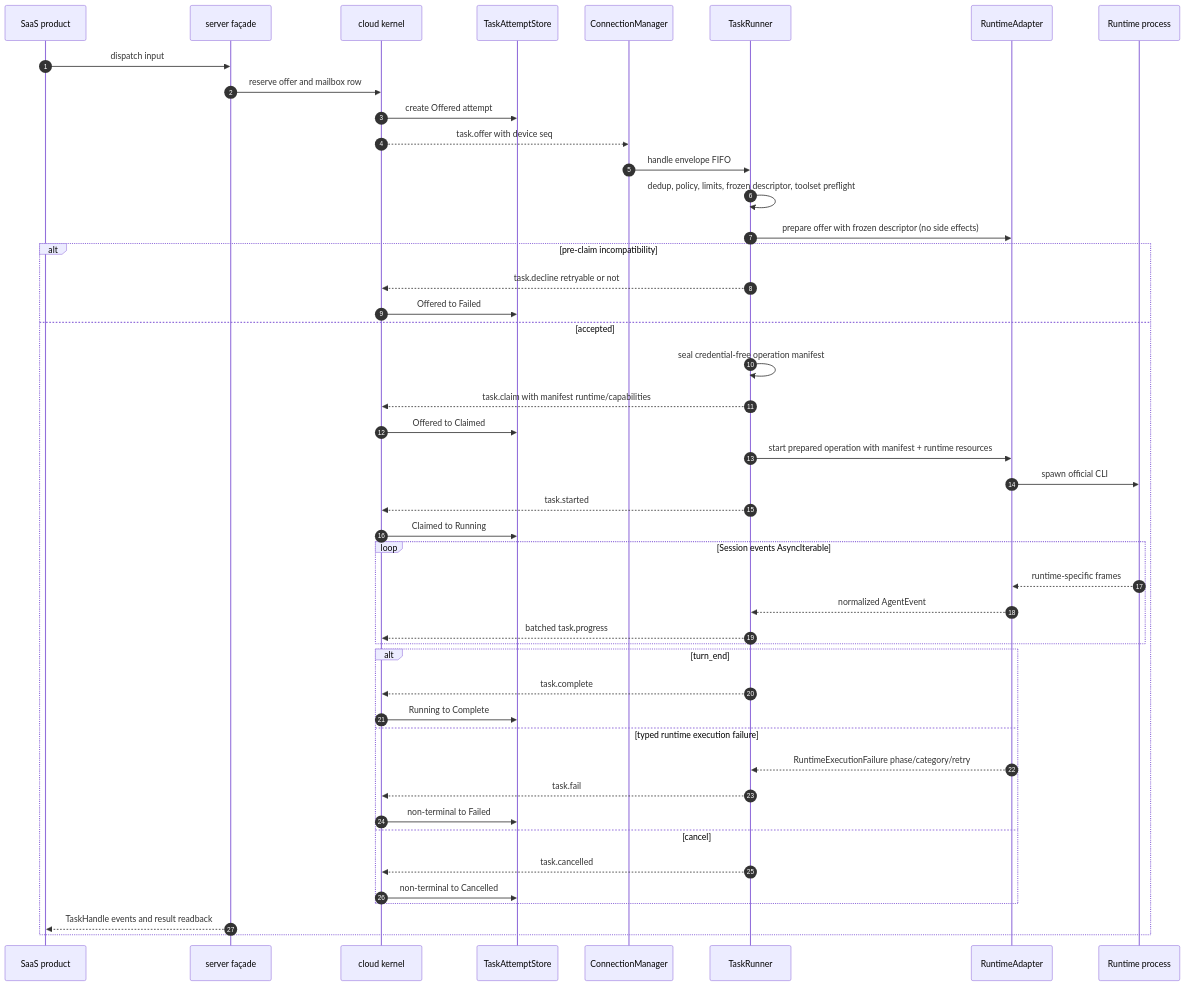
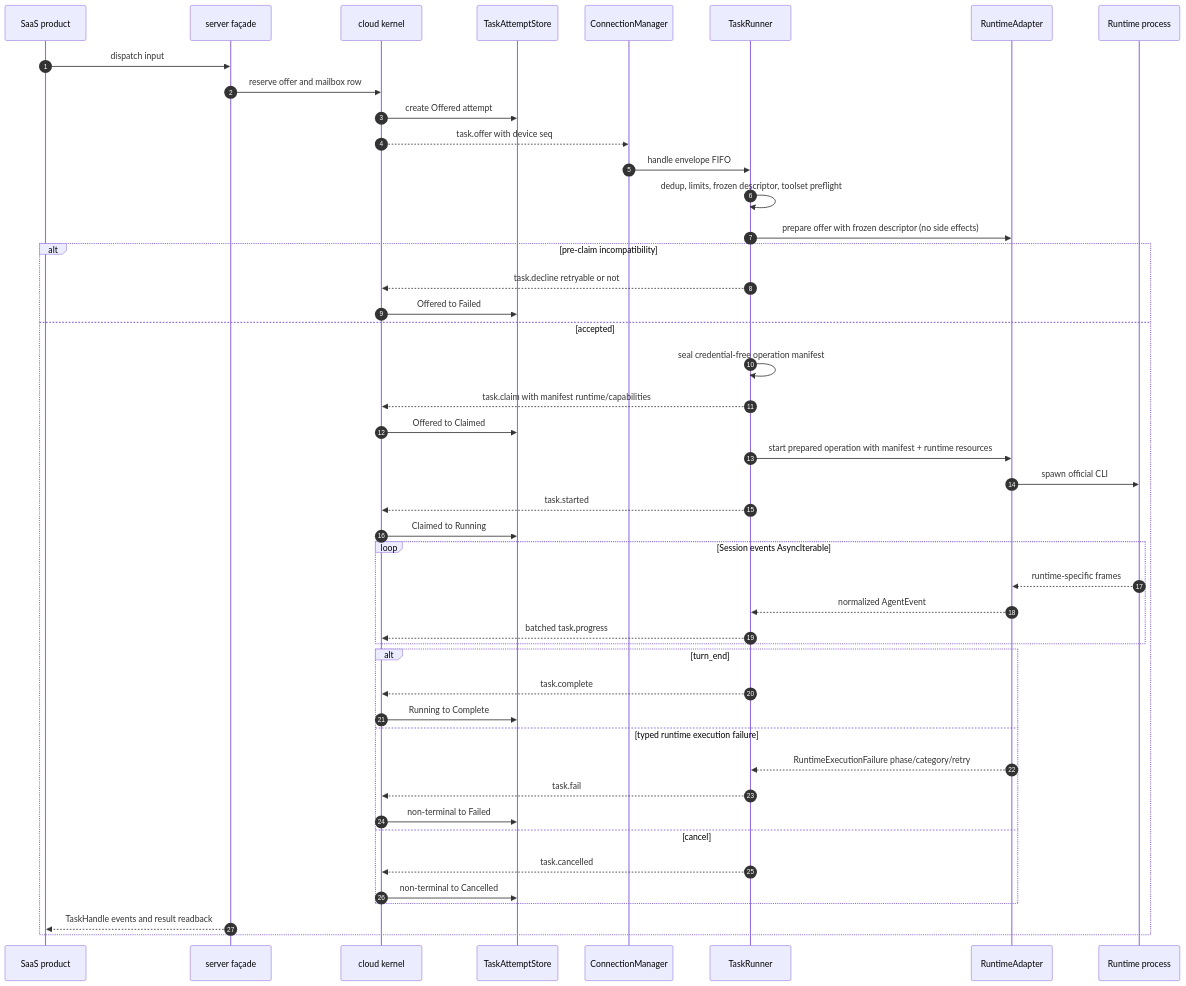
Diagram 11 of 22 in docs/architecture/sdk-architecture.md (Ancienttwo/byok-sdk), drawn with Mermaid before and after one commit. The commit also changed other lines of this file and 19 other files, not shown here.

````diff
--- a/docs/architecture/sdk-architecture.md
+++ b/docs/architecture/sdk-architecture.md
@@ -820,49 +800,49 @@
 ```mermaid
 sequenceDiagram
   autonumber
   participant App as SaaS product
   participant Server as server façade
   participant Cloud as cloud kernel
   participant Store as TaskAttemptStore
   participant CM as ConnectionManager
   participant TR as TaskRunner
   participant AD as RuntimeAdapter
   participant Proc as Runtime process
 
   App->>Server: dispatch input
   Server->>Cloud: reserve offer and mailbox row
   Cloud->>Store: create Offered attempt
   Cloud-->>CM: task.offer with device seq
   CM->>TR: handle envelope FIFO
-  TR->>TR: dedup, policy, limits, frozen descriptor, toolset preflight
+  TR->>TR: dedup, limits, frozen descriptor, toolset preflight
   TR->>AD: prepare offer with frozen descriptor (no side effects)
   alt pre-claim incompatibility
     TR-->>Cloud: task.decline retryable or not
     Cloud->>Store: Offered to Failed
   else accepted
     TR->>TR: seal credential-free operation manifest
     TR-->>Cloud: task.claim with manifest runtime/capabilities
     Cloud->>Store: Offered to Claimed
     TR->>AD: start prepared operation with manifest + runtime resources
     AD->>Proc: spawn official CLI
     TR-->>Cloud: task.started
     Cloud->>Store: Claimed to Running
     loop Session events AsyncIterable
       Proc-->>AD: runtime-specific frames
       AD-->>TR: normalized AgentEvent
       TR-->>Cloud: batched task.progress
     end
     alt turn_end
       TR-->>Cloud: task.complete
       Cloud->>Store: Running to Complete
     else typed runtime execution failure
       AD-->>TR: RuntimeExecutionFailure phase/category/retry
       TR-->>Cloud: task.fail
       Cloud->>Store: non-terminal to Failed
     else cancel
       TR-->>Cloud: task.cancelled
       Cloud->>Store: non-terminal to Cancelled
     end
     Server-->>App: TaskHandle events and result readback
   end
 ```
````
